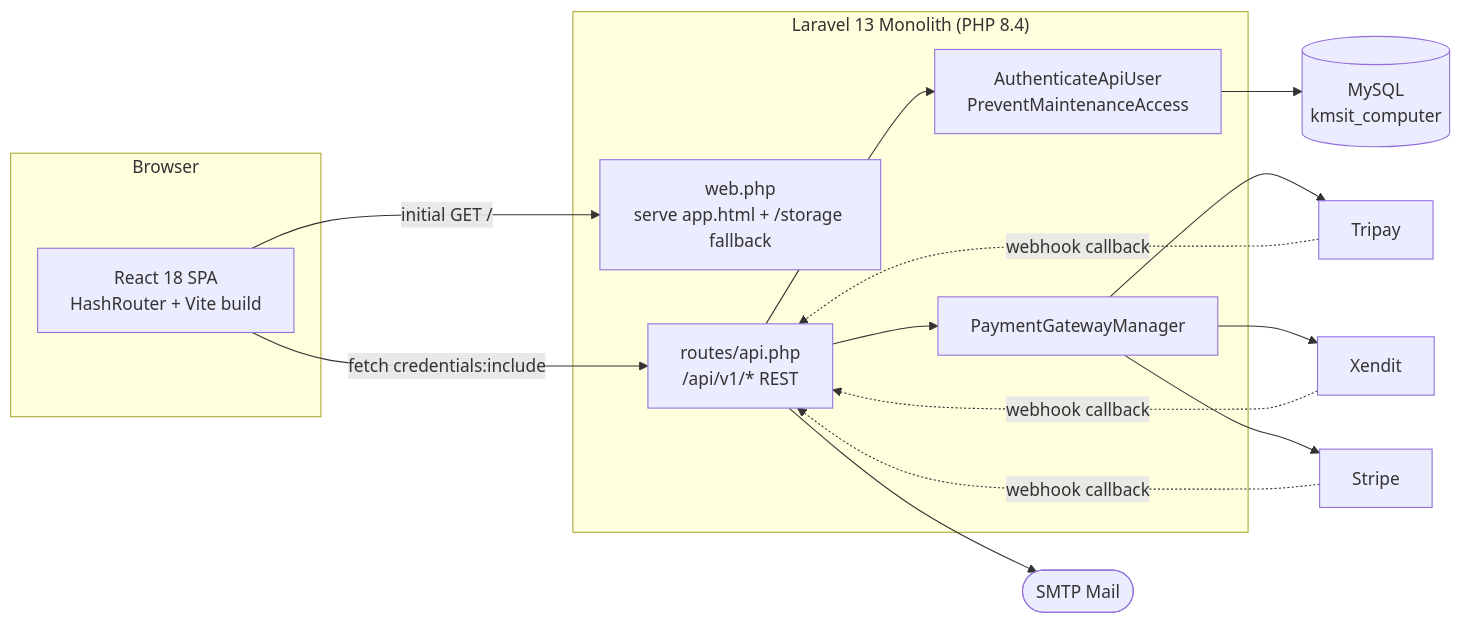
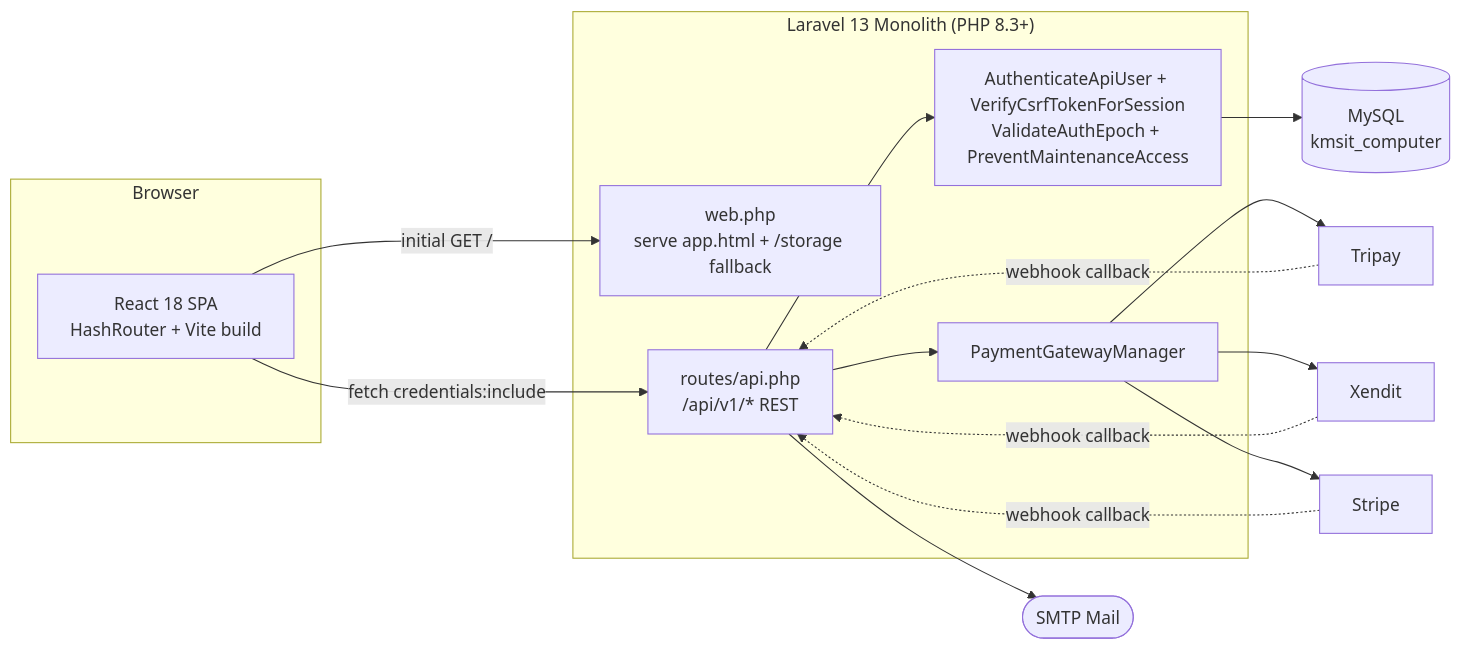
Before and after one commit to kmsitcomputer/kmsit: the first of 2 diagrams in docs/blueprint.md, drawn with Mermaid. The commit also changed other lines of this file and 2 other files, not shown here.

First line of the commit message:
docs: sinkronkan README, architecture, dan blueprint dengan fitur/perbaikan terbaru

````diff
--- a/docs/blueprint.md
+++ b/docs/blueprint.md
@@ -51,29 +51,29 @@
 ```mermaid
 flowchart LR
   subgraph client["Browser"]
     spa["React 18 SPA<br/>HashRouter + Vite build"]
   end
-  subgraph server["Laravel 13 Monolith (PHP 8.4)"]
+  subgraph server["Laravel 13 Monolith (PHP 8.3+)"]
     web["web.php<br/>serve app.html + /storage fallback"]
     api["routes/api.php<br/>/api/v1/* REST"]
-    mw["AuthenticateApiUser<br/>PreventMaintenanceAccess"]
+    mw["AuthenticateApiUser + VerifyCsrfTokenForSession<br/>ValidateAuthEpoch + PreventMaintenanceAccess"]
     pgw["PaymentGatewayManager"]
   end
   db[("MySQL<br/>kmsit_computer")]
   mail(["SMTP Mail"])
   tripay["Tripay"]
   xendit["Xendit"]
   stripe["Stripe"]
 
   spa -- "initial GET /" --> web
   spa -- "fetch credentials:include" --> api
   api --> mw --> db
   api --> mail
   api --> pgw
   pgw --> tripay
   pgw --> xendit
   pgw --> stripe
   tripay -. "webhook callback" .-> api
   xendit -. "webhook callback" .-> api
   stripe -. "webhook callback" .-> api
 ```
````
